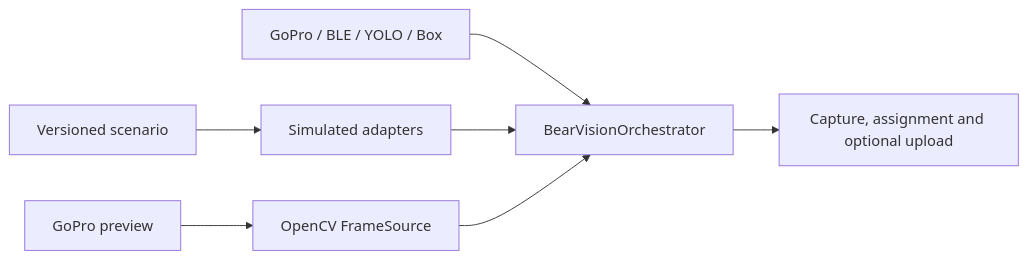
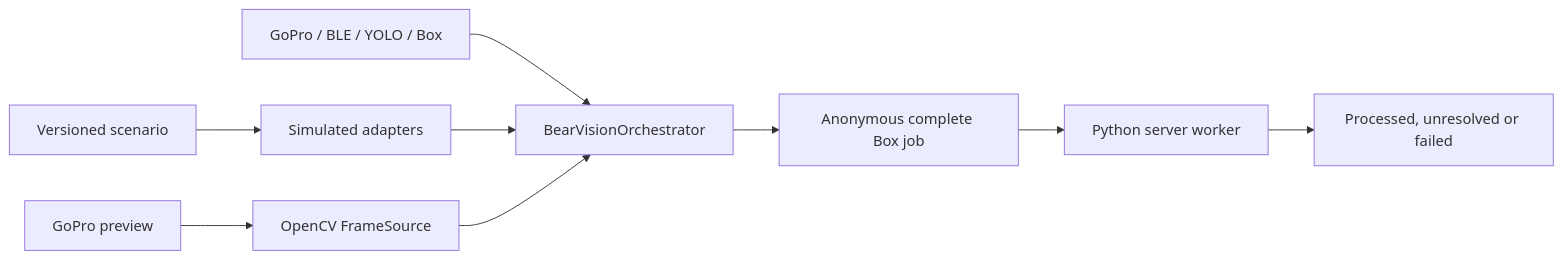
One commit to BeerBear85/BearVision changed the diagram in docs/remake/foundation.md. Above: the diagram before and after it, drawn with Mermaid. The commit also changed other lines of this file and 66 other files, not shown here.

Commit message:
Move rider assignment to server pipeline

````diff
--- a/docs/remake/foundation.md
+++ b/docs/remake/foundation.md
@@ -15,9 +15,11 @@
 ```mermaid
 flowchart LR
     Scenario[Versioned scenario] --> Sim[Simulated adapters]
     Preview[GoPro preview] --> Frames[OpenCV FrameSource]
     Real[GoPro / BLE / YOLO / Box] --> Core[BearVisionOrchestrator]
     Sim --> Core
     Frames --> Core
-    Core --> Result[Capture, assignment and optional upload]
+    Core --> Queue[Anonymous complete Box job]
+    Queue --> Worker[Python server worker]
+    Worker --> Result[Processed, unresolved or failed]
 ```
````
